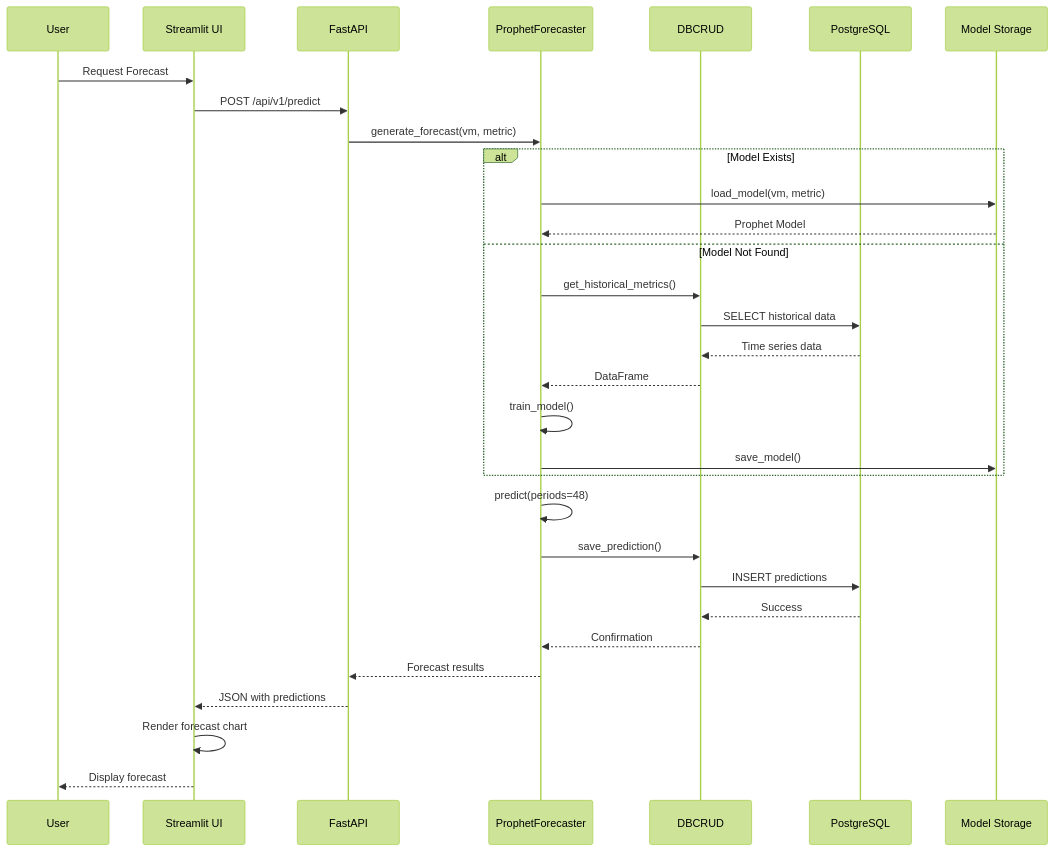
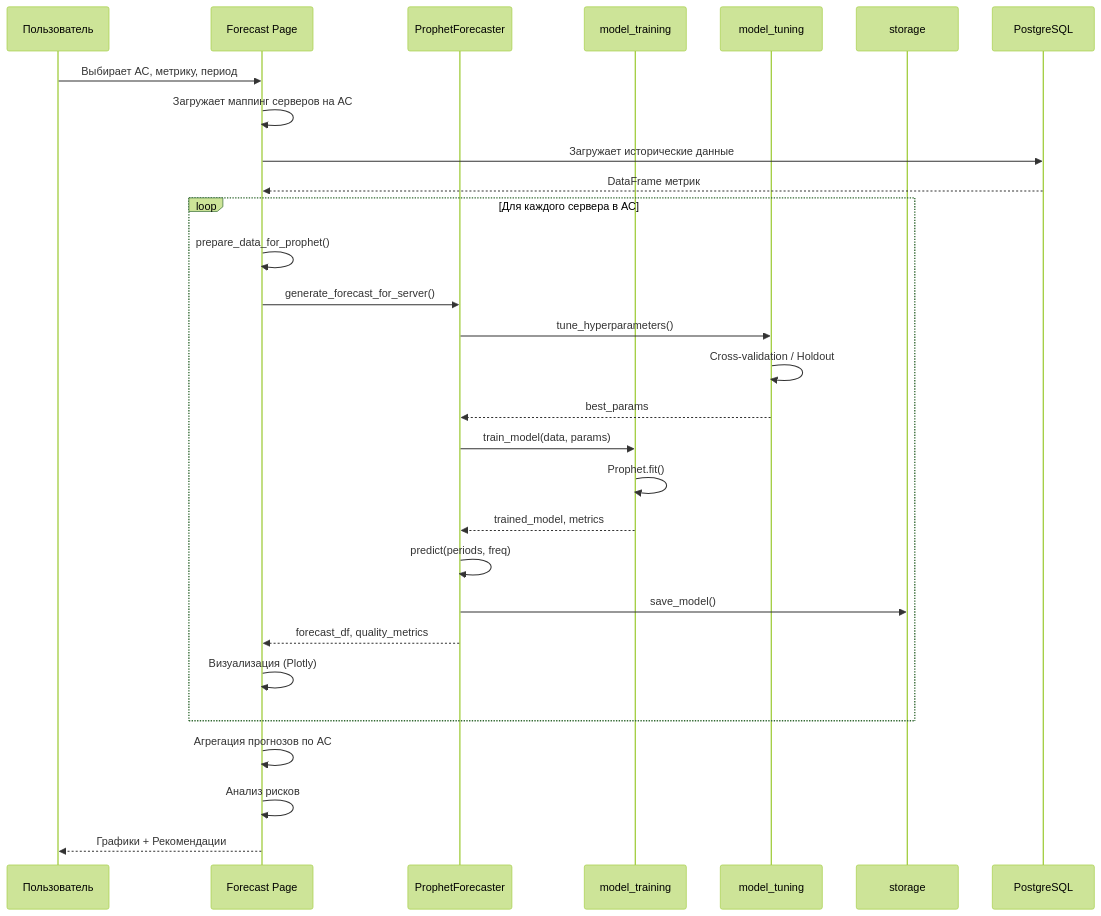
Before and after one commit to sweetd0vee/servers-dashboard: the sixth of 13 diagrams in docs/ARCHITECTURE.md, drawn with Mermaid (forest theme). The commit also changed other lines of this file and 1 other file, not shown here.

````diff
--- a/docs/ARCHITECTURE.md
+++ b/docs/ARCHITECTURE.md
@@ -343,36 +285,38 @@
 ```mermaid
 sequenceDiagram
-    participant User
-    participant UI as Streamlit UI
-    participant API as FastAPI
+    participant User as Пользователь
+    participant UI as Forecast Page
     participant Forecaster as ProphetForecaster
-    participant CRUD as DBCRUD
+    participant Training as model_training
+    participant Tuning as model_tuning
+    participant Storage as storage
     participant DB as PostgreSQL
-    participant Storage as Model Storage
     
-    User->>UI: Request Forecast
-    UI->>API: POST /api/v1/predict
-    API->>Forecaster: generate_forecast(vm, metric)
+    User->>UI: Выбирает АС, метрику, период
+    UI->>UI: Загружает маппинг серверов на АС
+    UI->>DB: Загружает исторические данные
+    DB-->>UI: DataFrame метрик
     
-    alt Model Exists
-        Forecaster->>Storage: load_model(vm, metric)
-        Storage-->>Forecaster: Prophet Model
-    else Model Not Found
-        Forecaster->>CRUD: get_historical_metrics()
-        CRUD->>DB: SELECT historical data
-        DB-->>CRUD: Time series data
-        CRUD-->>Forecaster: DataFrame
-        Forecaster->>Forecaster: train_model()
+    loop Для каждого сервера в АС
+        UI->>UI: prepare_data_for_prophet()
+        UI->>Forecaster: generate_forecast_for_server()
+        
+        Forecaster->>Tuning: tune_hyperparameters()
+        Tuning->>Tuning: Cross-validation / Holdout
+        Tuning-->>Forecaster: best_params
+        
+        Forecaster->>Training: train_model(data, params)
+        Training->>Training: Prophet.fit()
+        Training-->>Forecaster: trained_model, metrics
+        
+        Forecaster->>Forecaster: predict(periods, freq)
         Forecaster->>Storage: save_model()
+        
+        Forecaster-->>UI: forecast_df, quality_metrics
+        UI->>UI: Визуализация (Plotly)
     end
     
-    Forecaster->>Forecaster: predict(periods=48)
-    Forecaster->>CRUD: save_prediction()
-    CRUD->>DB: INSERT predictions
-    DB-->>CRUD: Success
-    CRUD-->>Forecaster: Confirmation
-    Forecaster-->>API: Forecast results
-    API-->>UI: JSON with predictions
-    UI->>UI: Render forecast chart
-    UI-->>User: Display forecast
+    UI->>UI: Агрегация прогнозов по АС
+    UI->>UI: Анализ рисков
+    UI-->>User: Графики + Рекомендации
 ```
````
